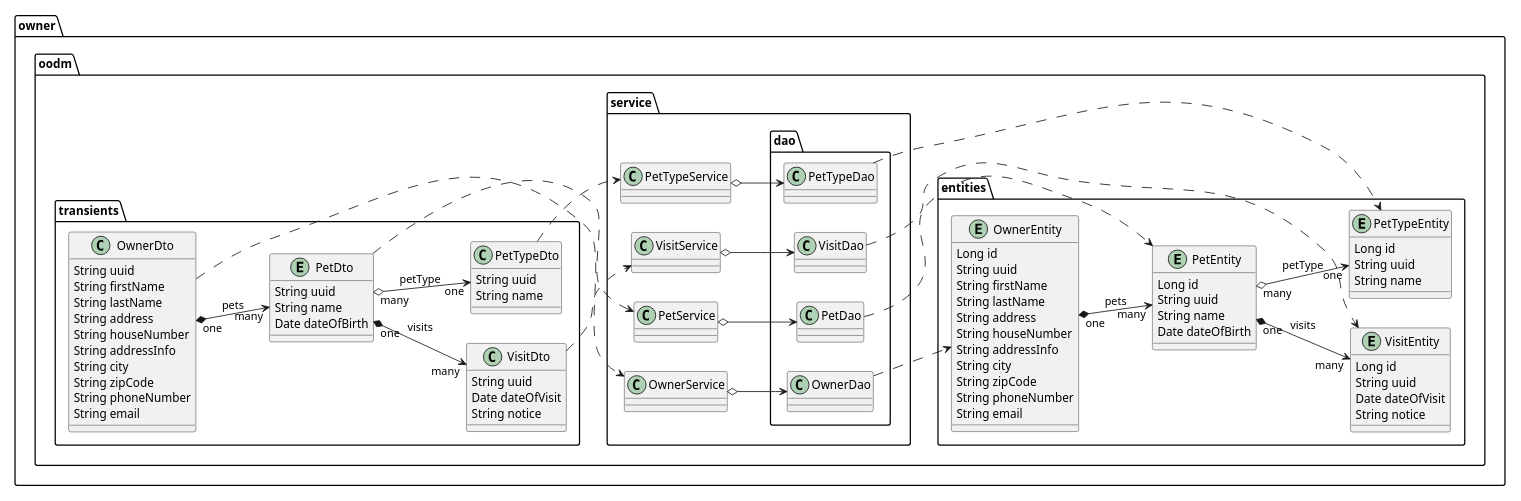
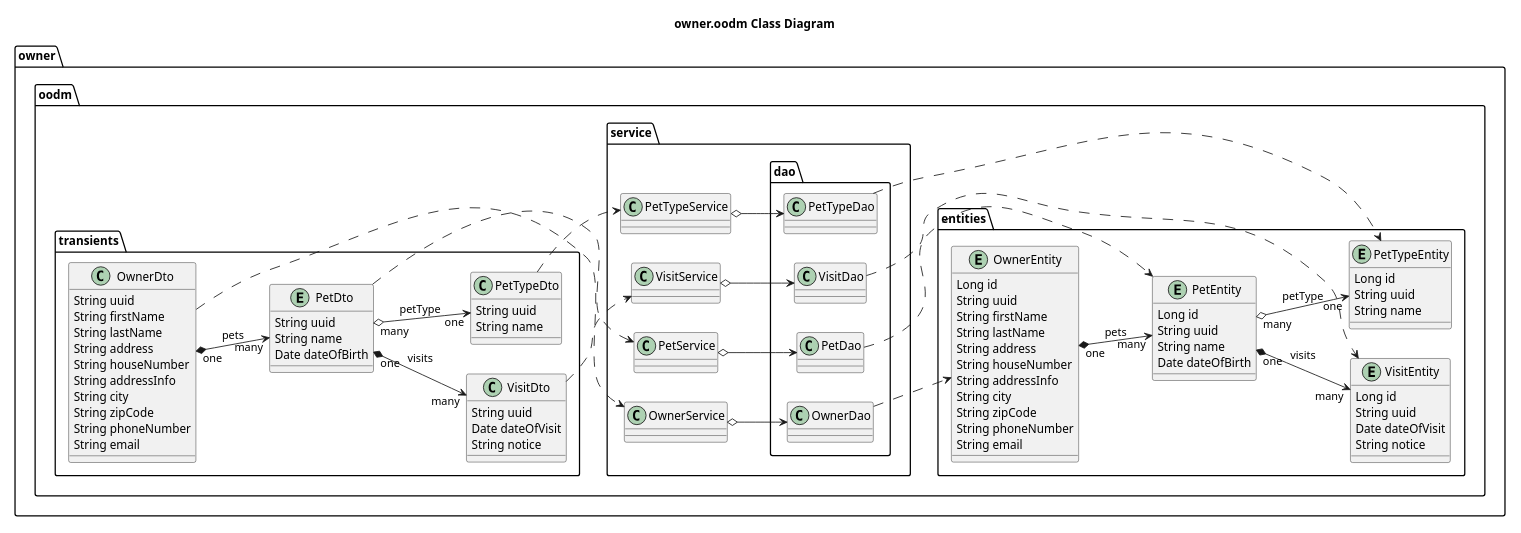
One commit to Jakarta-EE-Petclinic/petclinic-uml changed the diagram in puml/owner/implementation/DB__class.puml. Above: the diagram before and after it, drawn with PlantUML. The commit also changed 2 other files, not shown here.

```diff
--- a/puml/owner/implementation/DB__class.puml
+++ b/puml/owner/implementation/DB__class.puml
@@ -1,137 +1,138 @@
 @startuml
 'https://plantuml.com/class-diagram
 
+title owner.oodm Class Diagram
 
 left to right direction
 ' top to bottom direction
 
 scale 1000 width
 
 package owner.oodm {
 
     package owner.oodm.entities {
 
         entity OwnerEntity {
             Long id
             String uuid
             String firstName
             String lastName
             String address
             String houseNumber
             String addressInfo
             String city
             String zipCode
             String phoneNumber
             String email
         }
 
         entity PetEntity {
             Long id
             String uuid
             String name
             Date dateOfBirth
         }
 
         entity VisitEntity {
             Long id
             String uuid
             Date dateOfVisit
             String notice
         }
 
         entity PetTypeEntity {
             Long id
             String uuid
             String name
         }
 
         OwnerEntity "one"  *--> "many"  PetEntity: pets
         PetEntity "one" *--> "many" VisitEntity: visits
         PetEntity "many"  o-->  "one" PetTypeEntity: petType
 
     }
 
     package owner.oodm.service {
 
         class OwnerService {
         }
 
         class PetService {
         }
 
         class VisitService {
         }
 
         class PetTypeService {
         }
 
         package owner.oodm.service.dao {
 
             class OwnerDao {
             }
 
             class PetDao {
             }
 
             class VisitDao {
             }
 
             class PetTypeDao {
             }
 
             OwnerDao ..> OwnerEntity
             PetDao ..> PetEntity
             PetTypeDao ..> PetTypeEntity
             VisitDao ..> VisitEntity
         }
 
         OwnerService o--> OwnerDao
         PetService o--> PetDao
         PetTypeService o--> PetTypeDao
         VisitService o--> VisitDao
     }
 
     package owner.oodm.transients {
 
         class OwnerDto {
             String uuid
             String firstName
             String lastName
             String address
             String houseNumber
             String addressInfo
             String city
             String zipCode
             String phoneNumber
             String email
         }
 
         entity PetDto {
             String uuid
             String name
             Date dateOfBirth
         }
 
         class PetTypeDto {
             String uuid
             String name
         }
 
         class VisitDto {
             String uuid
             Date dateOfVisit
             String notice
         }
 
         OwnerDto "one"  *--> "many"  PetDto: pets
         PetDto "one" *--> "many" VisitDto: visits
         PetDto "many"  o-->  "one" PetTypeDto: petType
 
         OwnerDto ..> OwnerService
         PetDto ..> PetService
         VisitDto ..> VisitService
         PetTypeDto  ..> PetTypeService
     }
 }
 
 @enduml
```
